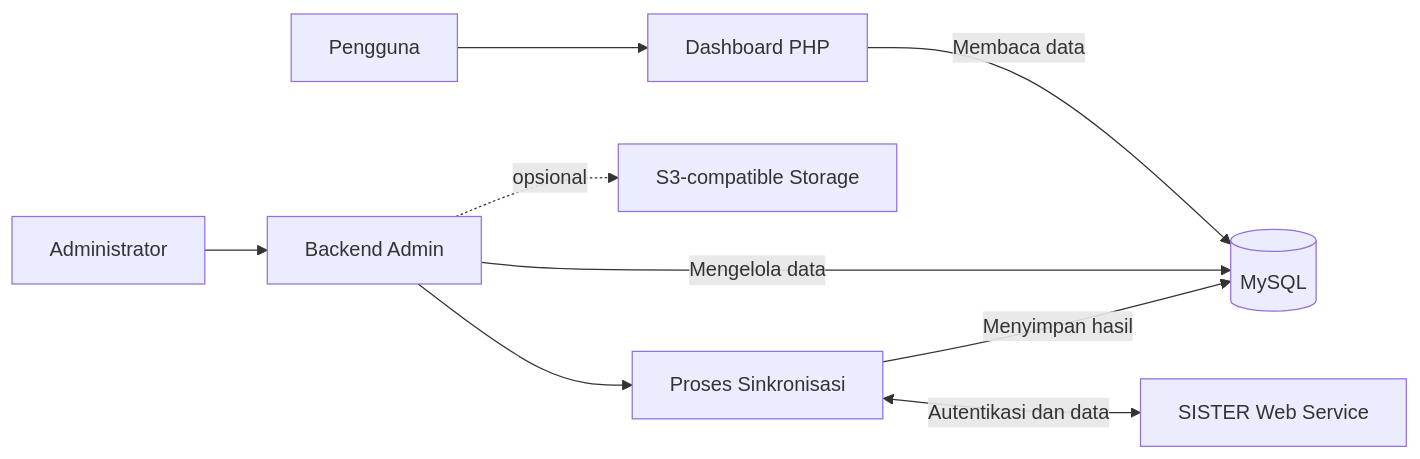
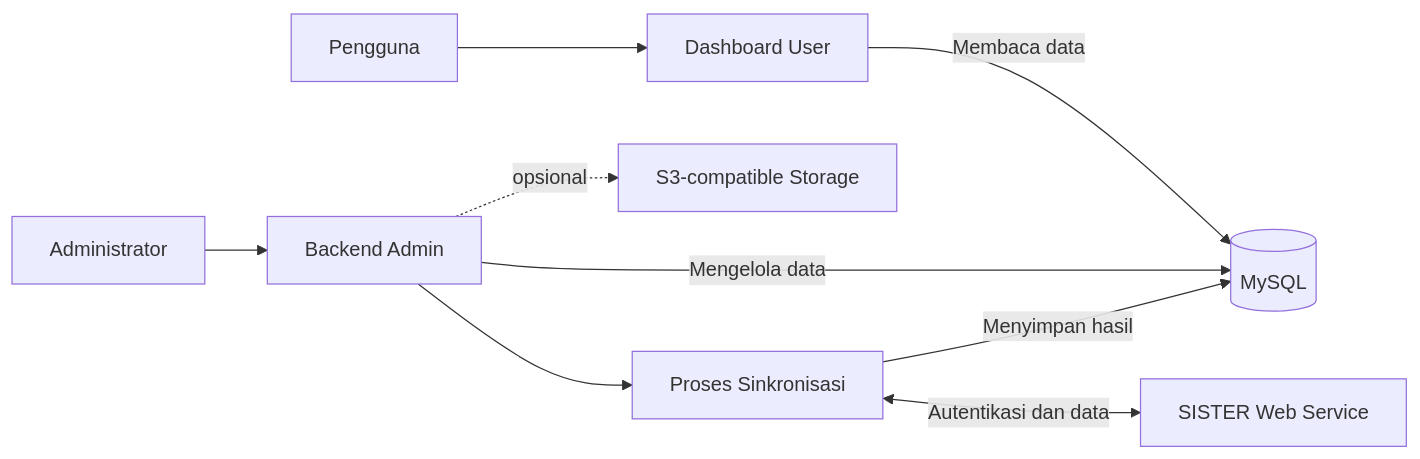
One commit to Forum-TIPD-PTKIN/sister-dosen-dashboard changed the diagram in README.md. Above: the diagram before and after it, drawn with Mermaid.

Commit message:
edit alur kerja

````diff
--- a/README.md
+++ b/README.md
@@ -70,11 +70,11 @@
 ```mermaid
 flowchart LR
-    User["Pengguna"] --> Dashboard["Dashboard PHP"]
+    User["Pengguna"] --> Dashboard["Dashboard User"]
     Dashboard -->|"Membaca data"| Database[("MySQL")]
     Admin["Administrator"] --> Backend["Backend Admin"]
     Backend --> Sync["Proses Sinkronisasi"]
     Sync <-->|"Autentikasi dan data"| SisterWS["SISTER Web Service"]
     Sync -->|"Menyimpan hasil"| Database
     Backend -->|"Mengelola data"| Database
     Backend -. opsional .-> Storage["S3-compatible Storage"]
 ```
````
